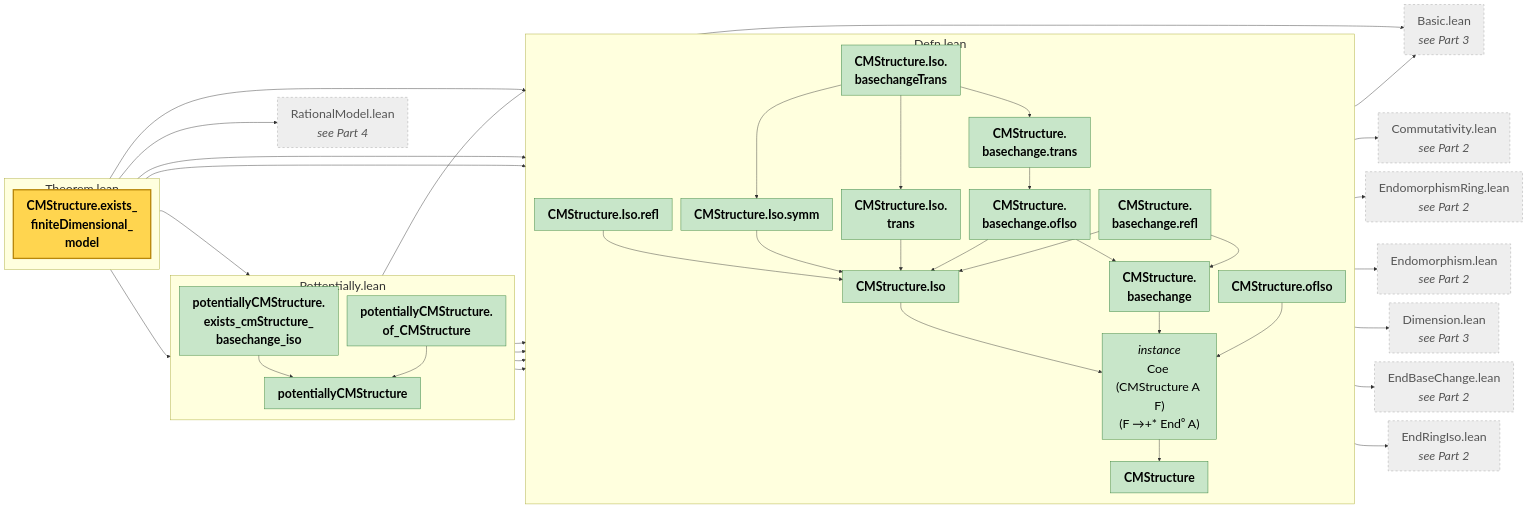
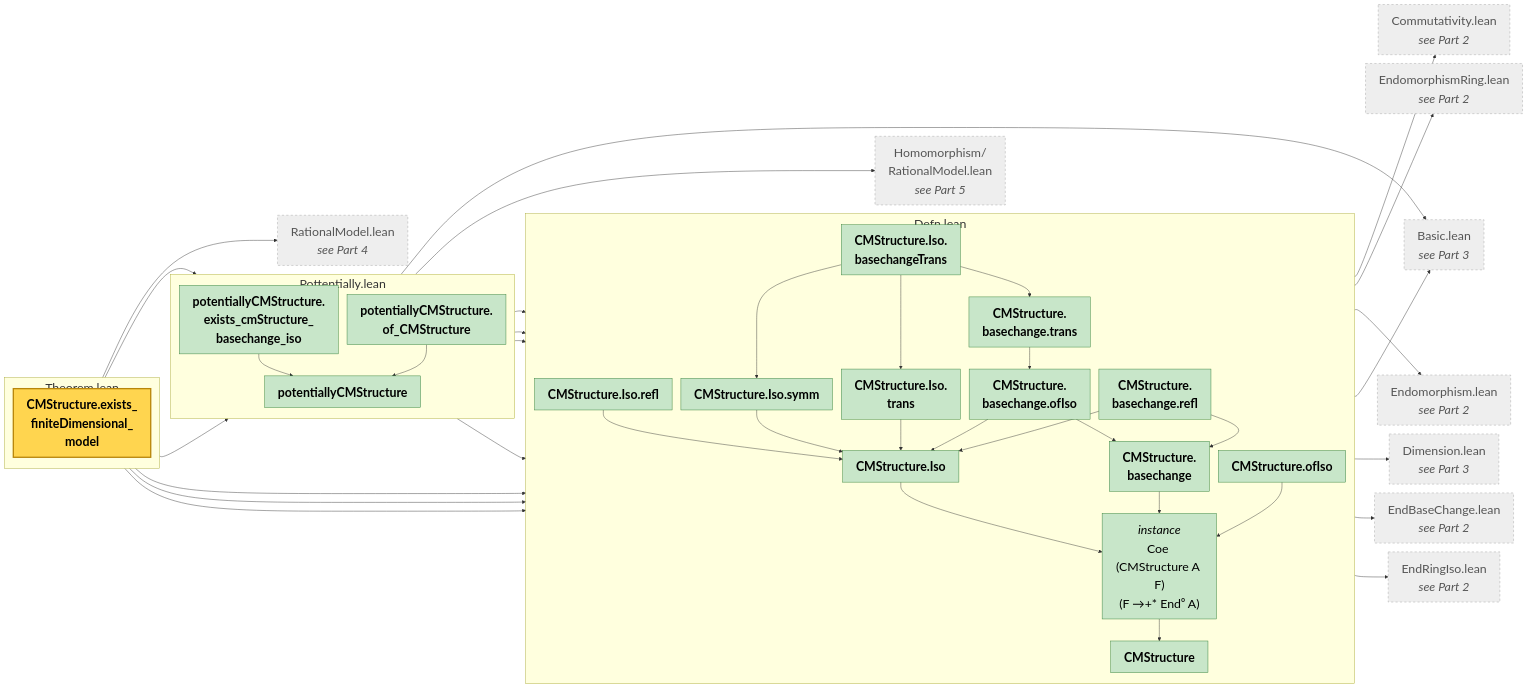
One commit to abhijitaj1997/CMAbelianVarieties changed the first of 5 diagrams in CMAbelianVarieties/MindMapStep2.md. Above: the diagram before and after it, drawn with Mermaid. The commit also changed other lines of this file and 4 other files, not shown here.

````diff
--- a/CMAbelianVarieties/MindMapStep2.md
+++ b/CMAbelianVarieties/MindMapStep2.md
@@ -63,6 +66,7 @@
   x_CMAbelianVarieties_AbstractNonsense_EndRingIso["EndRingIso.lean<br/><i>see Part 2</i>"]
   x_CMAbelianVarieties_AlgebraicGeometry_AbelianVarieties_Commutativity["Commutativity.lean<br/><i>see Part 2</i>"]
   x_CMAbelianVarieties_AlgebraicGeometry_AbelianVarieties_Homomorphism_EndomorphismRing["EndomorphismRing.lean<br/><i>see Part 2</i>"]
+  x_CMAbelianVarieties_AlgebraicGeometry_AbelianVarieties_Homomorphism_RationalModel["Homomorphism/<br/>RationalModel.lean<br/><i>see Part 5</i>"]
   x_CMAbelianVarieties_AlgebraicGeometry_AbelianVarieties_RationalModel["RationalModel.lean<br/><i>see Part 4</i>"]
   x_CMAbelianVarieties_AlgebraicGeometry_Basic["Basic.lean<br/><i>see Part 3</i>"]
   x_CMAbelianVarieties_AlgebraicGeometry_Dimension["Dimension.lean<br/><i>see Part 3</i>"]
@@ -78,30 +82,31 @@
   n_CMStructure_Iso_refl --> n_CMStructure_Iso
   n_CMStructure_Iso_symm --> n_CMStructure_Iso
   n_CMStructure_Iso_trans --> n_CMStructure_Iso
+  n_CMStructure_basechange --> n_instCoeCMStructureRingHomRationalEnd
   n_CMStructure_basechange --> x_CMAbelianVarieties_AlgebraicGeometry_Basic
   n_CMStructure_basechange --> x_CMAbelianVarieties_AlgebraicGeometry_Dimension
-  n_CMStructure_basechange --> n_instCoeCMStructureRingHomRationalEnd
+  n_CMStructure_basechange_ofIso --> n_CMStructure_Iso
+  n_CMStructure_basechange_ofIso --> n_CMStructure_basechange
   n_CMStructure_basechange_ofIso --> x_CMAbelianVarieties_AbstractNonsense_EndBaseChange
   n_CMStructure_basechange_ofIso --> x_CMAbelianVarieties_AbstractNonsense_EndRingIso
-  n_CMStructure_basechange_ofIso --> n_CMStructure_Iso
-  n_CMStructure_basechange_ofIso --> n_CMStructure_basechange
   n_CMStructure_basechange_refl --> n_CMStructure_Iso
   n_CMStructure_basechange_refl --> n_CMStructure_basechange
   n_CMStructure_basechange_trans --> n_CMStructure_basechange_ofIso
-  n_CMStructure_exists_finiteDimensional_model --> x_CMAbelianVarieties_AlgebraicGeometry_AbelianVarieties_RationalModel
   n_CMStructure_exists_finiteDimensional_model --> n_CMStructure_Iso_basechangeTrans
   n_CMStructure_exists_finiteDimensional_model --> n_CMStructure_Iso_refl
   n_CMStructure_exists_finiteDimensional_model --> n_CMStructure_basechange_refl
   n_CMStructure_exists_finiteDimensional_model --> n_potentiallyCMStructure_exists_cmStructure_basechange_iso
   n_CMStructure_exists_finiteDimensional_model --> n_potentiallyCMStructure_of_CMStructure
+  n_CMStructure_exists_finiteDimensional_model --> x_CMAbelianVarieties_AlgebraicGeometry_AbelianVarieties_RationalModel
   n_CMStructure_ofIso --> n_instCoeCMStructureRingHomRationalEnd
   n_instCoeCMStructureRingHomRationalEnd --> n_CMStructure
+  n_potentiallyCMStructure --> n_CMStructure
   n_potentiallyCMStructure --> x_CMAbelianVarieties_AlgebraicGeometry_Basic
-  n_potentiallyCMStructure --> n_CMStructure
   n_potentiallyCMStructure_exists_cmStructure_basechange_iso --> n_CMStructure_Iso
   n_potentiallyCMStructure_exists_cmStructure_basechange_iso --> n_CMStructure_basechange
   n_potentiallyCMStructure_exists_cmStructure_basechange_iso --> n_CMStructure_ofIso
   n_potentiallyCMStructure_exists_cmStructure_basechange_iso --> n_potentiallyCMStructure
+  n_potentiallyCMStructure_exists_cmStructure_basechange_iso --> x_CMAbelianVarieties_AlgebraicGeometry_AbelianVarieties_Homomorphism_RationalModel
   n_potentiallyCMStructure_of_CMStructure --> n_potentiallyCMStructure
 
   classDef ok fill:#c8e6c9,stroke:#2e7d32,color:#000
@@ -110,5 +115,5 @@
   classDef ext fill:#eeeeee,stroke:#9e9e9e,stroke-dasharray:5 5,color:#555
   class n_CMStructure,n_CMStructure_Iso,n_CMStructure_Iso_basechangeTrans,n_CMStructure_Iso_refl,n_CMStructure_Iso_symm,n_CMStructure_Iso_trans,n_CMStructure_basechange,n_CMStructure_basechange_ofIso,n_CMStructure_basechange_refl,n_CMStructure_basechange_trans,n_CMStructure_ofIso,n_instCoeCMStructureRingHomRationalEnd,n_potentiallyCMStructure,n_potentiallyCMStructure_exists_cmStructure_basechange_iso,n_potentiallyCMStructure_of_CMStructure ok
   class n_CMStructure_exists_finiteDimensional_model main
-  class x_CMAbelianVarieties_AbstractNonsense_EndBaseChange,x_CMAbelianVarieties_AbstractNonsense_EndRingIso,x_CMAbelianVarieties_AlgebraicGeometry_AbelianVarieties_Commutativity,x_CMAbelianVarieties_AlgebraicGeometry_AbelianVarieties_Homomorphism_EndomorphismRing,x_CMAbelianVarieties_AlgebraicGeometry_AbelianVarieties_RationalModel,x_CMAbelianVarieties_AlgebraicGeometry_Basic,x_CMAbelianVarieties_AlgebraicGeometry_Dimension,x_CMAbelianVarieties_ForMathlib_Endomorphism ext
+  class x_CMAbelianVarieties_AbstractNonsense_EndBaseChange,x_CMAbelianVarieties_AbstractNonsense_EndRingIso,x_CMAbelianVarieties_AlgebraicGeometry_AbelianVarieties_Commutativity,x_CMAbelianVarieties_AlgebraicGeometry_AbelianVarieties_Homomorphism_EndomorphismRing,x_CMAbelianVarieties_AlgebraicGeometry_AbelianVarieties_Homomorphism_RationalModel,x_CMAbelianVarieties_AlgebraicGeometry_AbelianVarieties_RationalModel,x_CMAbelianVarieties_AlgebraicGeometry_Basic,x_CMAbelianVarieties_AlgebraicGeometry_Dimension,x_CMAbelianVarieties_ForMathlib_Endomorphism ext
 ```
````
